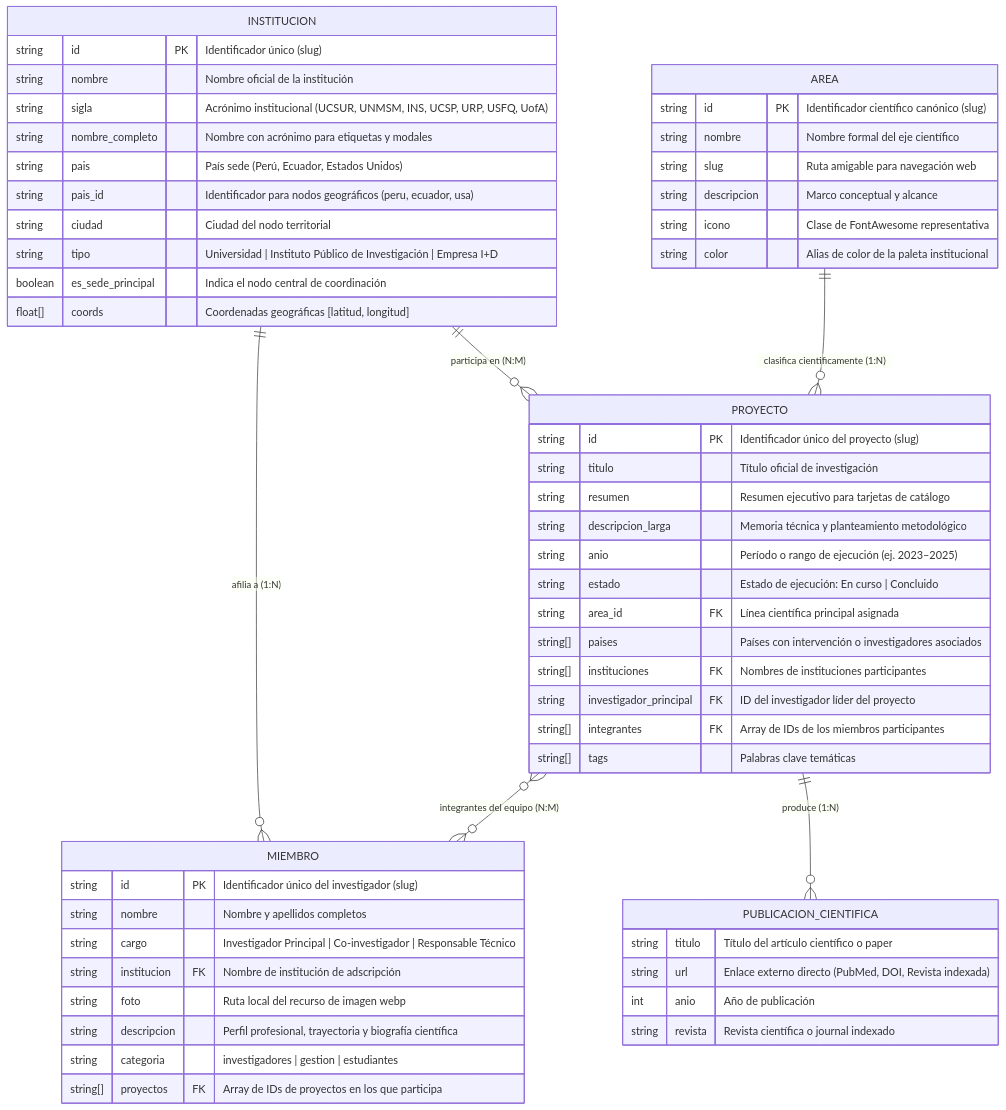
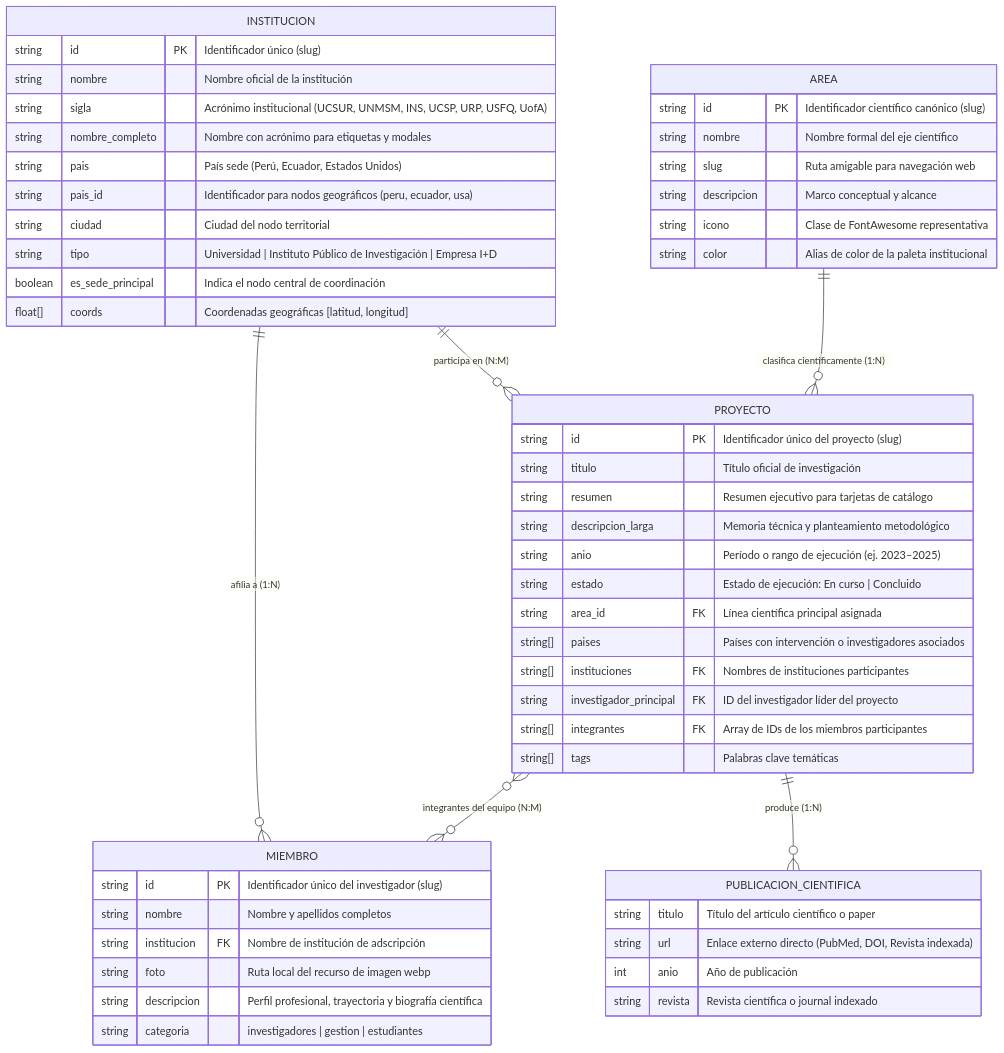
One commit to RedBI4DT/RedBI4DT_web changed the diagram in assets/data/diagrama_datos.md. Above: the diagram before and after it, drawn with Mermaid. The commit also changed other lines of this file and 13 other files, not shown here.

````diff
--- a/assets/data/diagrama_datos.md
+++ b/assets/data/diagrama_datos.md
@@ -9,66 +9,64 @@
 ```mermaid
 erDiagram
     INSTITUCION ||--o{ MIEMBRO : "afilia a (1:N)"
     INSTITUCION ||--o{ PROYECTO : "participa en (N:M)"
     
     AREA ||--o{ PROYECTO : "clasifica cientificamente (1:N)"
     
     PROYECTO ||--o{ PUBLICACION_CIENTIFICA : "produce (1:N)"
     
     PROYECTO }o--o{ MIEMBRO : "integrantes del equipo (N:M)"
     
     INSTITUCION {
         string id PK "Identificador único (slug)"
         string nombre "Nombre oficial de la institución"
         string sigla "Acrónimo institucional (UCSUR, UNMSM, INS, UCSP, URP, USFQ, UofA)"
         string nombre_completo "Nombre con acrónimo para etiquetas y modales"
         string pais "País sede (Perú, Ecuador, Estados Unidos)"
         string pais_id "Identificador para nodos geográficos (peru, ecuador, usa)"
         string ciudad "Ciudad del nodo territorial"
         string tipo "Universidad | Instituto Público de Investigación | Empresa I+D"
         boolean es_sede_principal "Indica el nodo central de coordinación"
         float[] coords "Coordenadas geográficas [latitud, longitud]"
     }
 
     AREA {
         string id PK "Identificador científico canónico (slug)"
         string nombre "Nombre formal del eje científico"
         string slug "Ruta amigable para navegación web"
         string descripcion "Marco conceptual y alcance"
         string icono "Clase de FontAwesome representativa"
         string color "Alias de color de la paleta institucional"
     }
 
     MIEMBRO {
         string id PK "Identificador único del investigador (slug)"
         string nombre "Nombre y apellidos completos"
-        string cargo "Investigador Principal | Co-investigador | Responsable Técnico"
         string institucion FK "Nombre de institución de adscripción"
         string foto "Ruta local del recurso de imagen webp"
         string descripcion "Perfil profesional, trayectoria y biografía científica"
         string categoria "investigadores | gestion | estudiantes"
-        string[] proyectos FK "Array de IDs de proyectos en los que participa"
     }
 
     PROYECTO {
         string id PK "Identificador único del proyecto (slug)"
         string titulo "Título oficial de investigación"
         string resumen "Resumen ejecutivo para tarjetas de catálogo"
         string descripcion_larga "Memoria técnica y planteamiento metodológico"
         string anio "Período o rango de ejecución (ej. 2023–2025)"
         string estado "Estado de ejecución: En curso | Concluido"
         string area_id FK "Línea científica principal asignada"
         string[] paises "Países con intervención o investigadores asociados"
         string[] instituciones FK "Nombres de instituciones participantes"
         string investigador_principal FK "ID del investigador líder del proyecto"
         string[] integrantes FK "Array de IDs de los miembros participantes"
         string[] tags "Palabras clave temáticas"
     }
 
     PUBLICACION_CIENTIFICA {
         string titulo "Título del artículo científico o paper"
         string url "Enlace externo directo (PubMed, DOI, Revista indexada)"
         int anio "Año de publicación"
         string revista "Revista científica o journal indexado"
     }
 ```
````
